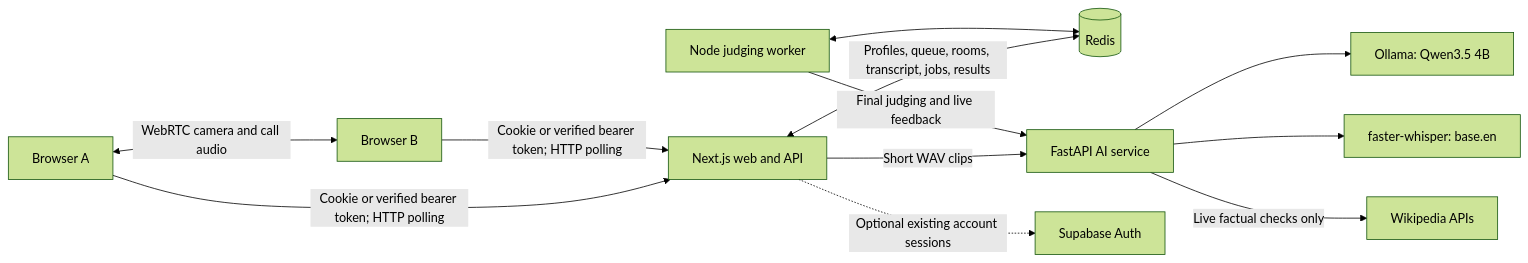
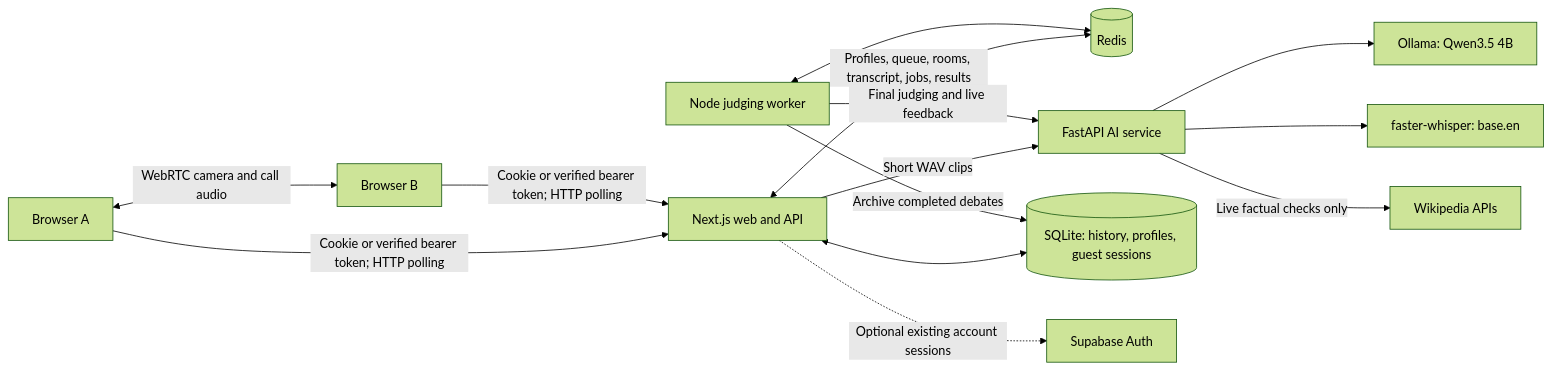
One commit to Srangi2025/debate-app changed the diagram in README.md. Above: the diagram before and after it, drawn with Mermaid (forest theme). The commit also changed other lines of this file and 41 other files, not shown here.

````diff
--- a/README.md
+++ b/README.md
@@ -19,14 +25,16 @@
 ```mermaid
 flowchart LR
     A[Browser A] <-->|WebRTC camera and call audio| B[Browser B]
     A -->|Cookie or verified bearer token; HTTP polling| W[Next.js web and API]
     B -->|Cookie or verified bearer token; HTTP polling| W
     W <-->|Profiles, queue, rooms, transcript, jobs, results| R[(Redis)]
     W -->|Short WAV clips| P[FastAPI AI service]
     J[Node judging worker] <--> R
+    W <--> H[(SQLite: history, profiles, guest sessions)]
+    J -->|Archive completed debates| H
     J -->|Final judging and live feedback| P
     P --> O[Ollama: Qwen3.5 4B]
     P --> S[faster-whisper: base.en]
     P -->|Live factual checks only| E[Wikipedia APIs]
     W -. Optional existing account sessions .-> U[Supabase Auth]
 ```
````
